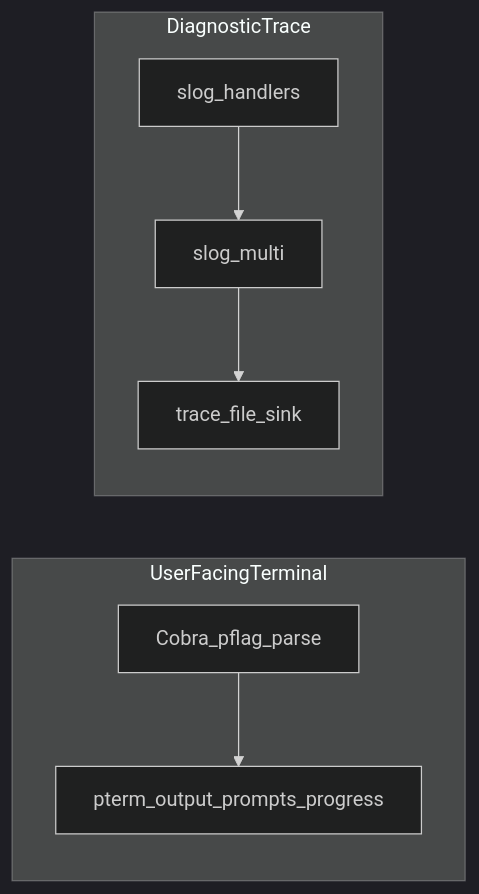
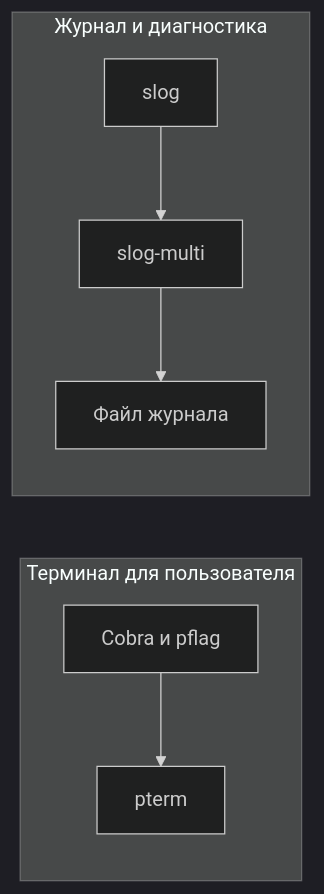
Before and after one commit to git-herder/ADR: the diagram in ADR-26101701-go-application-stack.md, drawn with Mermaid (dark theme). The commit also changed other lines of this file and 3 other files, not shown here.

````diff
--- a/ADR-26101701-go-application-stack.md
+++ b/ADR-26101701-go-application-stack.md
@@ -63,14 +61,14 @@
 ```mermaid
 flowchart LR
-  subgraph userFacing [UserFacingTerminal]
-    Cobra[Cobra_pflag_parse]
-    Pterm[pterm_output_prompts_progress]
+  subgraph userFacing ["Терминал для пользователя"]
+    Cobra["Cobra и pflag"]
+    Pterm[pterm]
   end
-  subgraph diagnostic [DiagnosticTrace]
-    Slog[slog_handlers]
-    Multi[slog_multi]
-    TraceSink[trace_file_sink]
+  subgraph diagnostic ["Журнал и диагностика"]
+    Slog[slog]
+    Multi[slog-multi]
+    TraceSink["Файл журнала"]
   end
   Cobra --> Pterm
   Slog --> Multi --> TraceSink
 ```
````
